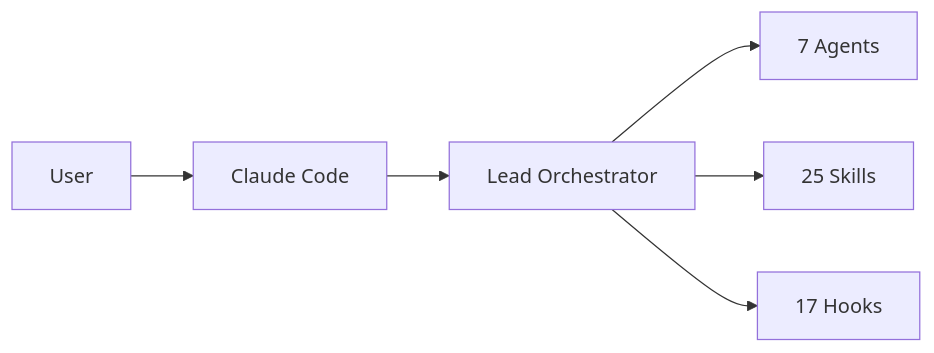
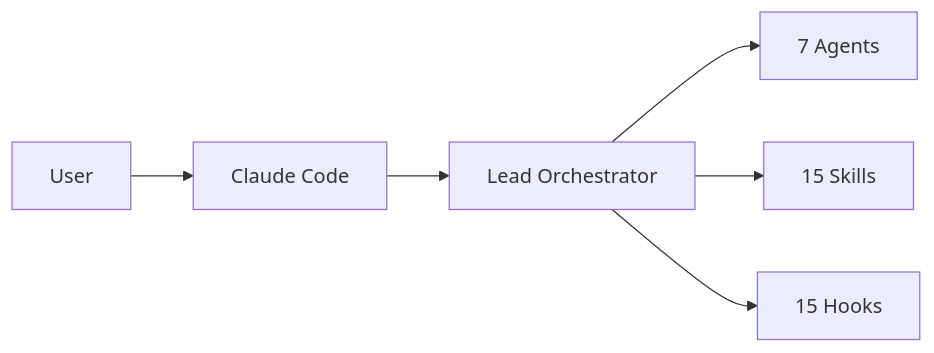
The first of 2 diagrams in CLAUDE.md (MaciWP/claude-code-poneglyph), drawn with Mermaid before and after one commit. The commit also changed other lines of this file and 30 other files, not shown here.

````diff
--- a/CLAUDE.md
+++ b/CLAUDE.md
@@ -61,8 +61,8 @@
 ```mermaid
 graph LR
     User --> CC[Claude Code]
     CC --> Orch[Lead Orchestrator]
     Orch --> Agents[7 Agents]
-    Orch --> Skills[25 Skills]
-    Orch --> Hooks[17 Hooks]
+    Orch --> Skills[15 Skills]
+    Orch --> Hooks[15 Hooks]
 ```
````
